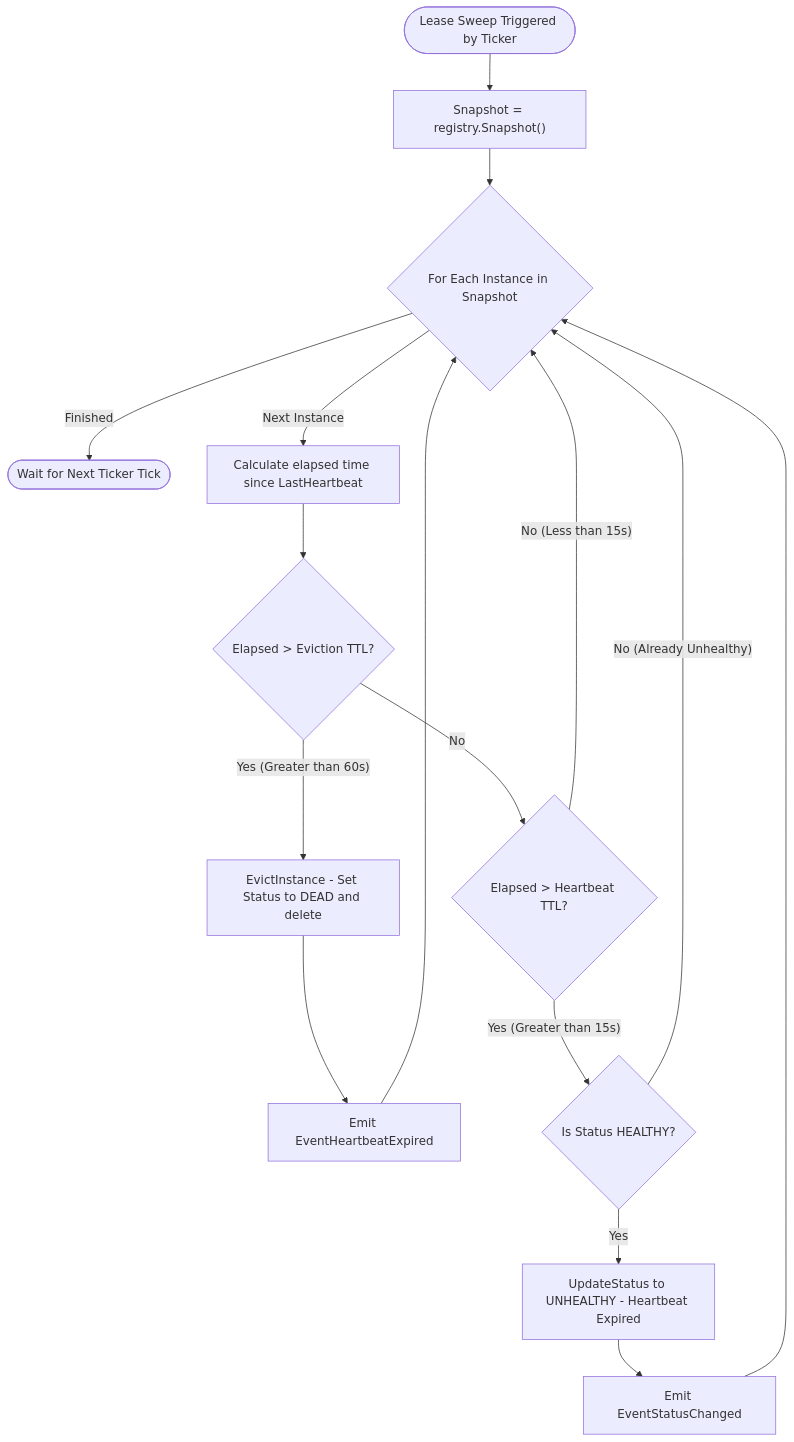
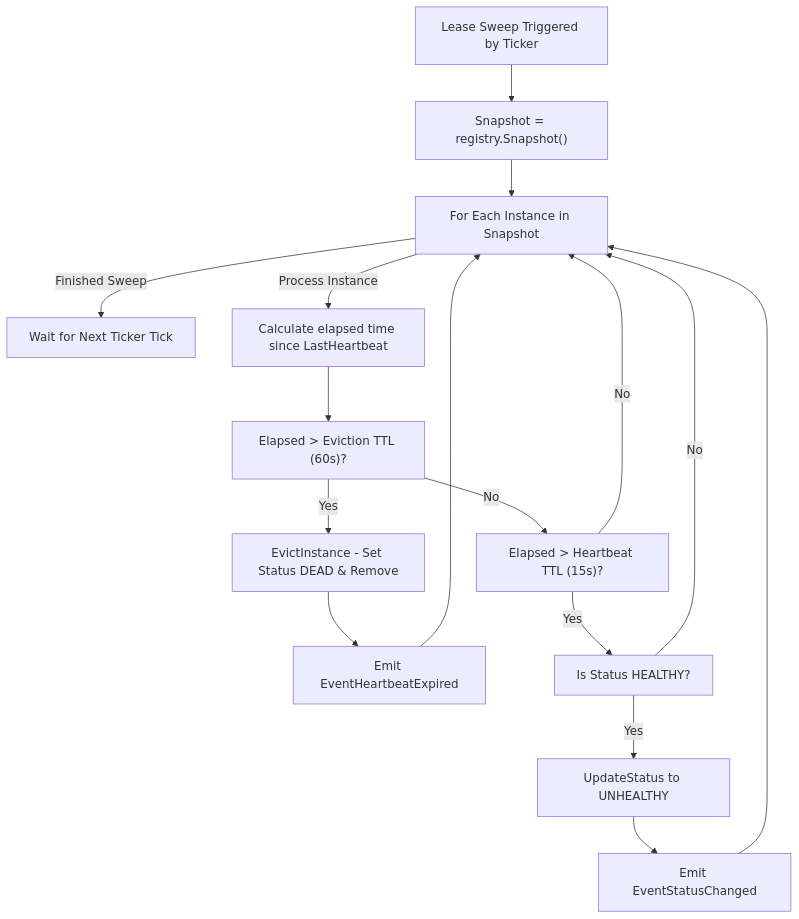
Before and after one commit to Chief-Strategist-J/llm-observability-platform: the fourth of 6 diagrams in packages/configs/llm-obs-infra/docs/architectureDoc/adr-0009-service-registry-and-discovery.md, drawn with Mermaid. The commit also changed other lines of this file, not shown here.

Commit message:
fix(docs): refactor Mermaid diagrams in ADR-0009 to eliminate subgraph cycle rendering errors

````diff
--- a/packages/configs/llm-obs-infra/docs/architectureDoc/adr-0009-service-registry-and-discovery.md
+++ b/packages/configs/llm-obs-infra/docs/architectureDoc/adr-0009-service-registry-and-discovery.md
@@ -371,20 +363,20 @@
 ```mermaid
 graph TD
-    Start(["Lease Sweep Triggered by Ticker"]) --> TakeSnapshot["Snapshot = registry.Snapshot()"]
-    TakeSnapshot --> LoopInstances{"For Each Instance in Snapshot"}
+    Start["Lease Sweep Triggered by Ticker"] --> TakeSnapshot["Snapshot = registry.Snapshot()"]
+    TakeSnapshot --> LoopInstances["For Each Instance in Snapshot"]
     
-    LoopInstances -->|"Finished"| End(["Wait for Next Ticker Tick"])
-    LoopInstances -->|"Next Instance"| CalcElapsed["Calculate elapsed time since LastHeartbeat"]
+    LoopInstances -->|"Finished Sweep"| End["Wait for Next Ticker Tick"]
+    LoopInstances -->|"Process Instance"| CalcElapsed["Calculate elapsed time since LastHeartbeat"]
     
-    CalcElapsed --> CheckEviction{"Elapsed > Eviction TTL?"}
-    CheckEviction -->|"Yes (Greater than 60s)"| Evict["EvictInstance - Set Status to DEAD and delete"]
+    CalcElapsed --> CheckEviction["Elapsed > Eviction TTL (60s)?"]
+    CheckEviction -->|"Yes"| Evict["EvictInstance - Set Status DEAD & Remove"]
     Evict --> EmitEvictEvent["Emit EventHeartbeatExpired"] --> LoopInstances
     
-    CheckEviction -->|"No"| CheckTTL{"Elapsed > Heartbeat TTL?"}
-    CheckTTL -->|"Yes (Greater than 15s)"| CheckHealthy{"Is Status HEALTHY?"}
-    CheckHealthy -->|"Yes"| MarkUnhealthy["UpdateStatus to UNHEALTHY - Heartbeat Expired"]
+    CheckEviction -->|"No"| CheckTTL["Elapsed > Heartbeat TTL (15s)?"]
+    CheckTTL -->|"Yes"| CheckHealthy["Is Status HEALTHY?"]
+    CheckHealthy -->|"Yes"| MarkUnhealthy["UpdateStatus to UNHEALTHY"]
     MarkUnhealthy --> EmitStatusEvent["Emit EventStatusChanged"] --> LoopInstances
-    CheckHealthy -->|"No (Already Unhealthy)"| LoopInstances
+    CheckHealthy -->|"No"| LoopInstances
     
-    CheckTTL -->|"No (Less than 15s)"| LoopInstances
+    CheckTTL -->|"No"| LoopInstances
 ```
````
